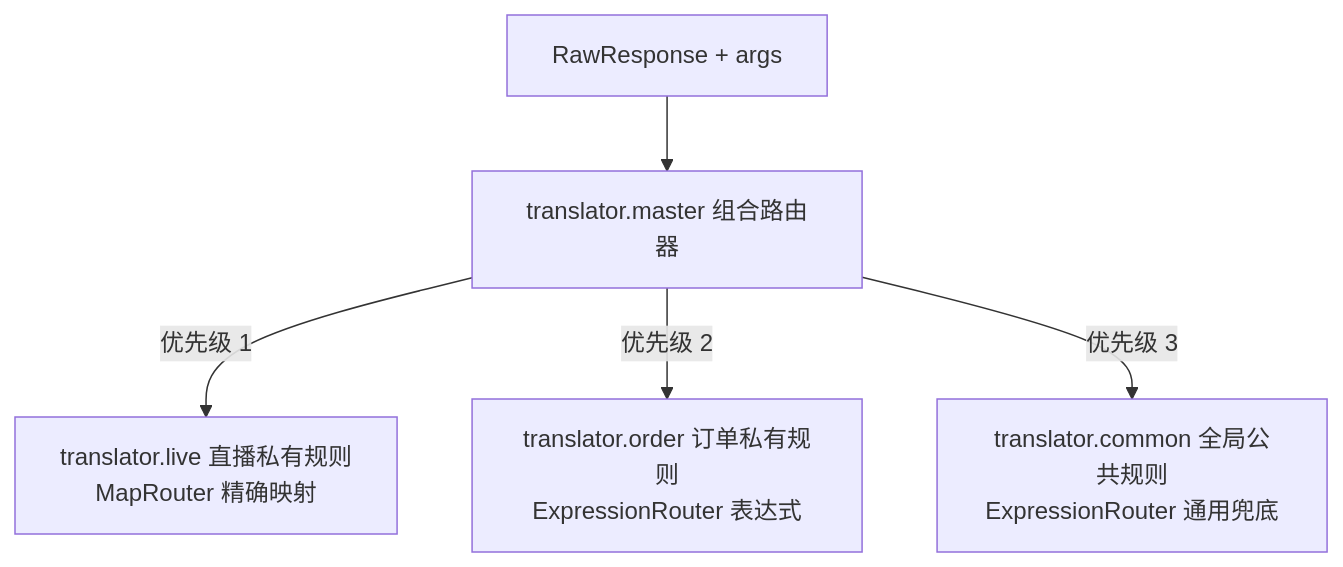
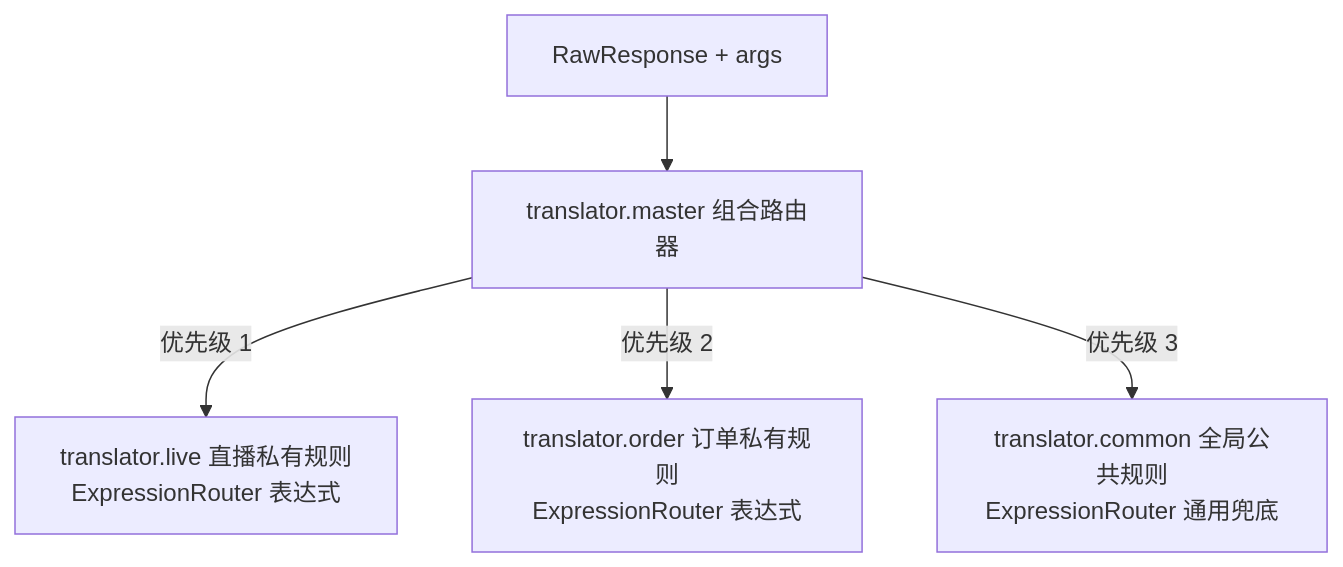
One commit to team4u/team4u-framework changed the diagram in docs/translator/translator-routing.md. Above: the diagram before and after it, drawn with Mermaid. The commit also changed other lines of this file and 1 other file, not shown here.

Commit message:
docs: align translator.live condition with code property and expression router type

````diff
--- a/docs/translator/translator-routing.md
+++ b/docs/translator/translator-routing.md
@@ -25,7 +25,7 @@
 ```mermaid
 graph TD
     In[RawResponse + args] --> Master[translator.master 组合路由器]
-    Master -->|优先级 1| Live[translator.live 直播私有规则<br/>MapRouter 精确映射]
+    Master -->|优先级 1| Live[translator.live 直播私有规则<br/>ExpressionRouter 表达式]
     Master -->|优先级 2| Order[translator.order 订单私有规则<br/>ExpressionRouter 表达式]
     Master -->|优先级 3| Common[translator.common 全局公共规则<br/>ExpressionRouter 通用兜底]
 ```
````
